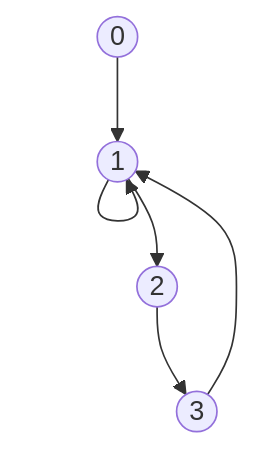
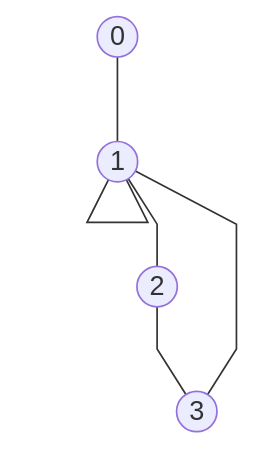
Before and after one commit to Jarongo254/ACN: the diagram in README.md, drawn with Mermaid.

````diff
--- a/README.md
+++ b/README.md
@@ -99,8 +99,10 @@
 ```mermaid
 graph TD
-    0((0)) --> 1((1))
-    1((1)) --> 1((1))
-    1((1)) --> 2((2))
-    2((2)) --> 3((3))
-    3((3)) --> 1((1))
+    0((0)) --- 1((1))
+    1((1)) --- 1((1))
+    1((1)) --- 2((2))
+    2((2)) --- 3((3))
+    3((3)) --- 1((1))
+    
+    linkStyle default interpolate linear
 ```
````
